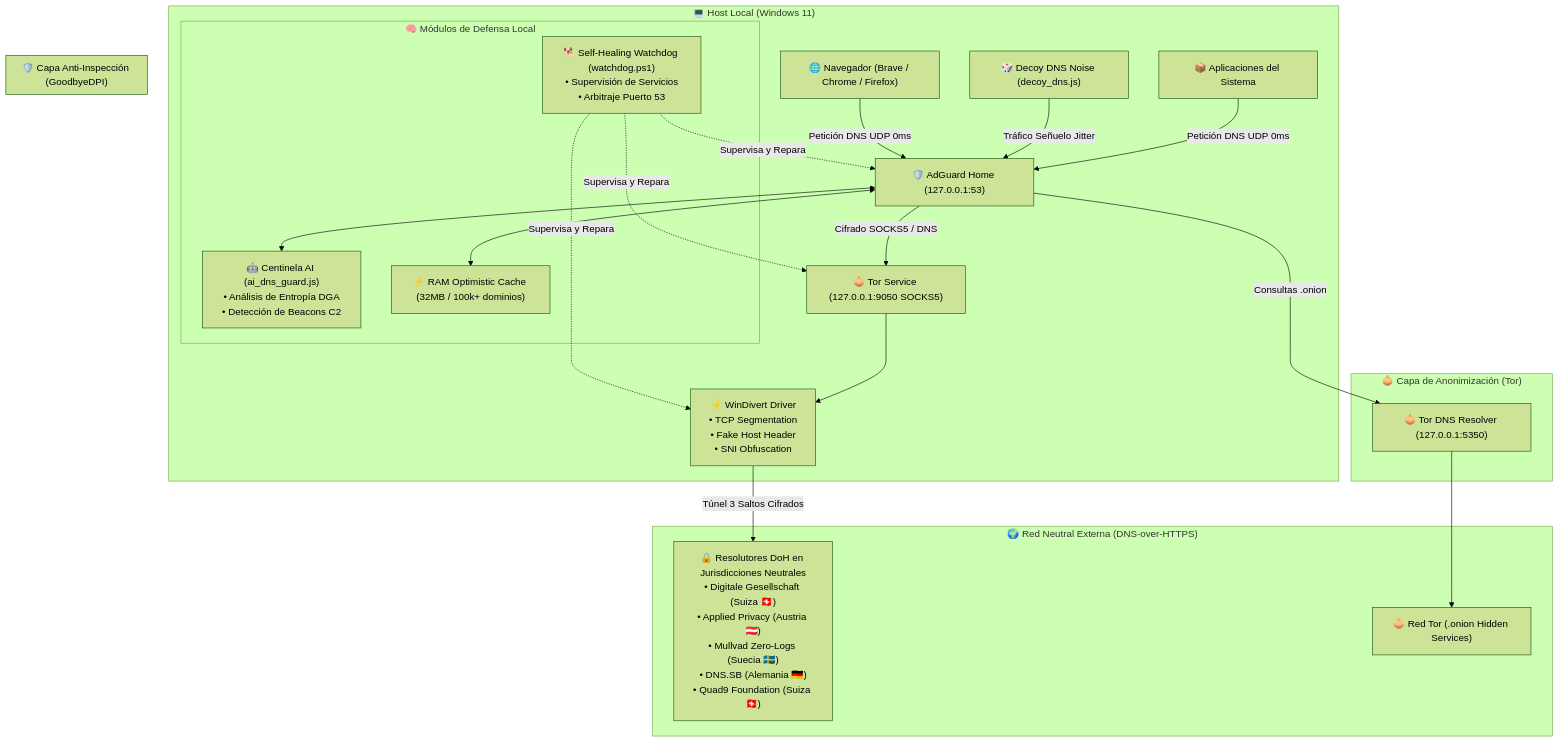
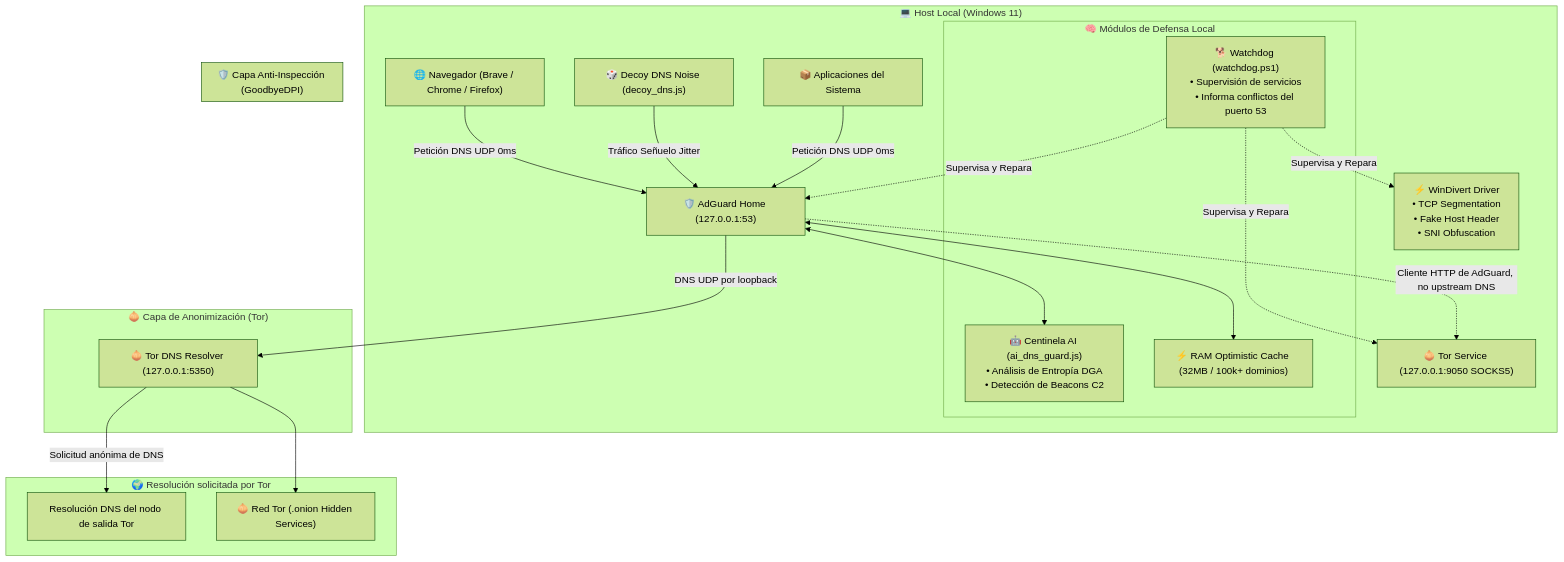
The diagram in README.md (jpscalero/adguardhome-tor-dns-fortress), drawn with Mermaid (forest theme) before and after one commit. The commit also changed other lines of this file and 9 other files, not shown here.

Commit message:
Harden Tor DNS installer and checks

````diff
--- a/README.md
+++ b/README.md
@@ -19,44 +19,43 @@
 ```mermaid
 flowchart TD
     subgraph Host ["💻 Host Local (Windows 11)"]
         Browser["🌐 Navegador (Brave / Chrome / Firefox)"]
         Decoy["🎲 Decoy DNS Noise (decoy_dns.js)"]
         Apps["📦 Aplicaciones del Sistema"]
         
         Browser -->|Petición DNS UDP 0ms| AGH["🛡️ AdGuard Home (127.0.0.1:53)"]
         Decoy -->|Tráfico Señuelo Jitter| AGH
         Apps -->|Petición DNS UDP 0ms| AGH
 
         subgraph LocalDefense ["🧠 Módulos de Defensa Local"]
             Centinela["🤖 Centinela AI (ai_dns_guard.js)<br/>• Análisis de Entropía DGA<br/>• Detección de Beacons C2"]
-            Watchdog["🐕 Self-Healing Watchdog (watchdog.ps1)<br/>• Supervisión de Servicios<br/>• Arbitraje Puerto 53"]
+            Watchdog["🐕 Watchdog (watchdog.ps1)<br/>• Supervisión de servicios<br/>• Informa conflictos del puerto 53"]
             Cache["⚡ RAM Optimistic Cache (32MB / 100k+ dominios)"]
         end
 
         AGH <--> Centinela
         AGH <--> Cache
         Watchdog -.->|Supervisa y Repara| AGH
         Watchdog -.->|Supervisa y Repara| TorProxy
         Watchdog -.->|Supervisa y Repara| GDPI
     end
 
     subgraph EvasionLayer ["🛡️ Capa Anti-Inspección (GoodbyeDPI)"]
         GDPI["⚡ WinDivert Driver<br/>• TCP Segmentation<br/>• Fake Host Header<br/>• SNI Obfuscation"]
     end
 
     subgraph AnonymityLayer ["🧅 Capa de Anonimización (Tor)"]
         TorProxy["🧅 Tor Service (127.0.0.1:9050 SOCKS5)"]
         OnionDNS["🧅 Tor DNS Resolver (127.0.0.1:5350)"]
     end
 
-    subgraph Internet ["🌍 Red Neutral Externa (DNS-over-HTTPS)"]
-        Resolvers["🔒 Resolutores DoH en Jurisdicciones Neutrales<br/>• Digitale Gesellschaft (Suiza 🇨🇭)<br/>• Applied Privacy (Austria 🇦🇹)<br/>• Mullvad Zero-Logs (Suecia 🇸🇪)<br/>• DNS.SB (Alemania 🇩🇪)<br/>• Quad9 Foundation (Suiza 🇨🇭)"]
+    subgraph Internet ["🌍 Resolución solicitada por Tor"]
+        Resolvers["Resolución DNS del nodo de salida Tor"]
         OnionNet["🧅 Red Tor (.onion Hidden Services)"]
     end
 
-    AGH -->|Cifrado SOCKS5 / DNS| TorProxy
-    AGH -->|Consultas .onion| OnionDNS
-    TorProxy --> GDPI
-    GDPI -->|Túnel 3 Saltos Cifrados| Resolvers
+    AGH -->|DNS UDP por loopback| OnionDNS
+    AGH -.->|Cliente HTTP de AdGuard, no upstream DNS| TorProxy
+    OnionDNS -->|Solicitud anónima de DNS| Resolvers
     OnionDNS --> OnionNet
 ```
````
